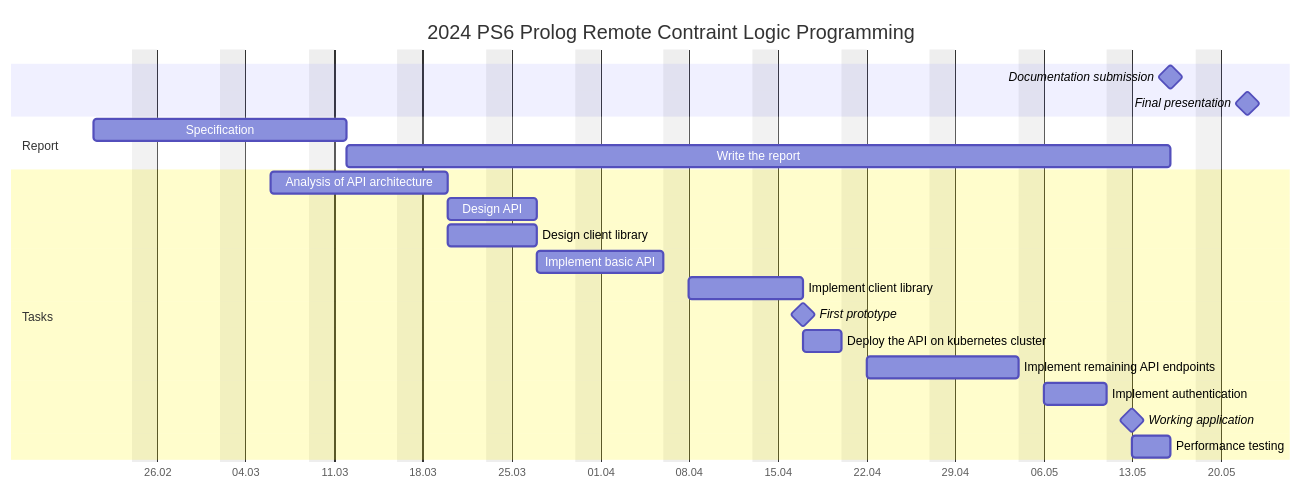
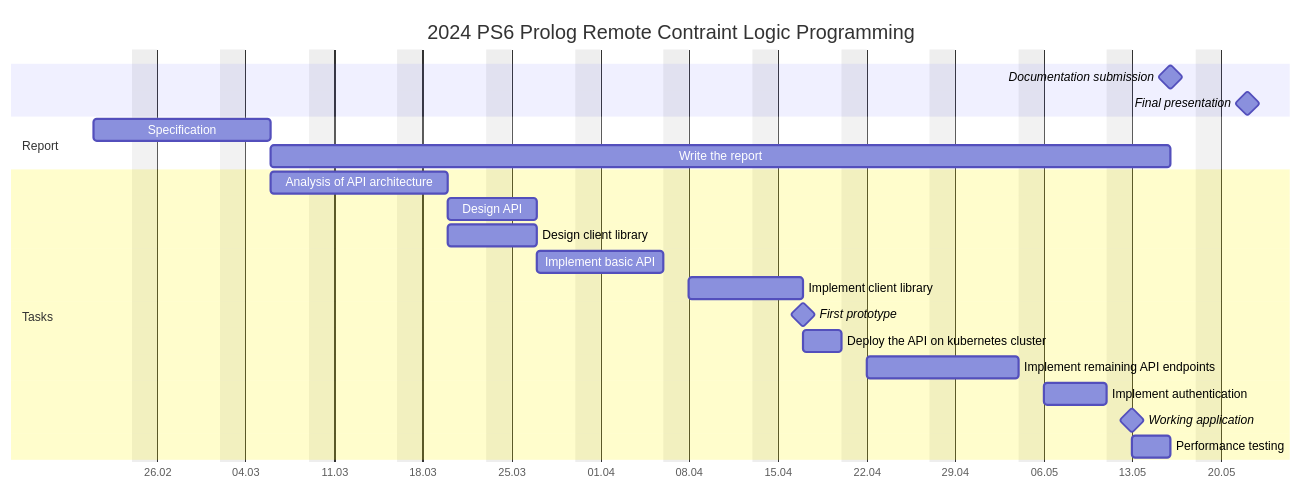
The diagram in doc/diagrams.md (noah44846/prolog-remote-clp), drawn with Mermaid before and after one commit. The commit also changed 2 other files, not shown here.

Commit message:
docs: fix mistake in planning

````diff
--- a/doc/diagrams.md
+++ b/doc/diagrams.md
@@ -11,35 +11,35 @@
 ```mermaid
 ---
 config:
   theme: default
   gantt:
     useWidth: 1200
 ---
 gantt
     title 2024 PS6 Prolog Remote Contraint Logic Programming
     dateFormat DD.MM.YYYY
     axisFormat %d.%m
     tickInterval 1week
     weekday monday
     todayMarker off
     excludes weekends
 
     Documentation submission  : milestone, m1, 16.05.2024, 0h
     Final presentation        : milestone, m2, 22.05.2024, 4h
 
     section Report
-        Specification    : d1, 21.02.2024, 14d
-        Write the report :                 47d
+        Specification    : d1, 21.02.2024, 10d
+        Write the report :                 51d
     section Tasks
         Analysis of API architecture         : a1,        06.03.2024, 10d
         Design API                           :                        5d
         Design client library                : a2,        20.03.2024, 5d
         Implement basic API                  :                        8d
         Implement client library             :                        7d
         First prototype                      : milestone,             0h
         Deploy the API on kubernetes cluster : a3,        17.04.2024, 3d
         Implement remaining API endpoints    :                        10d
         Implement authentication             :                        5d
         Working application                  : milestone,             0h
         Performance testing                  :                        3d
 ```
````
